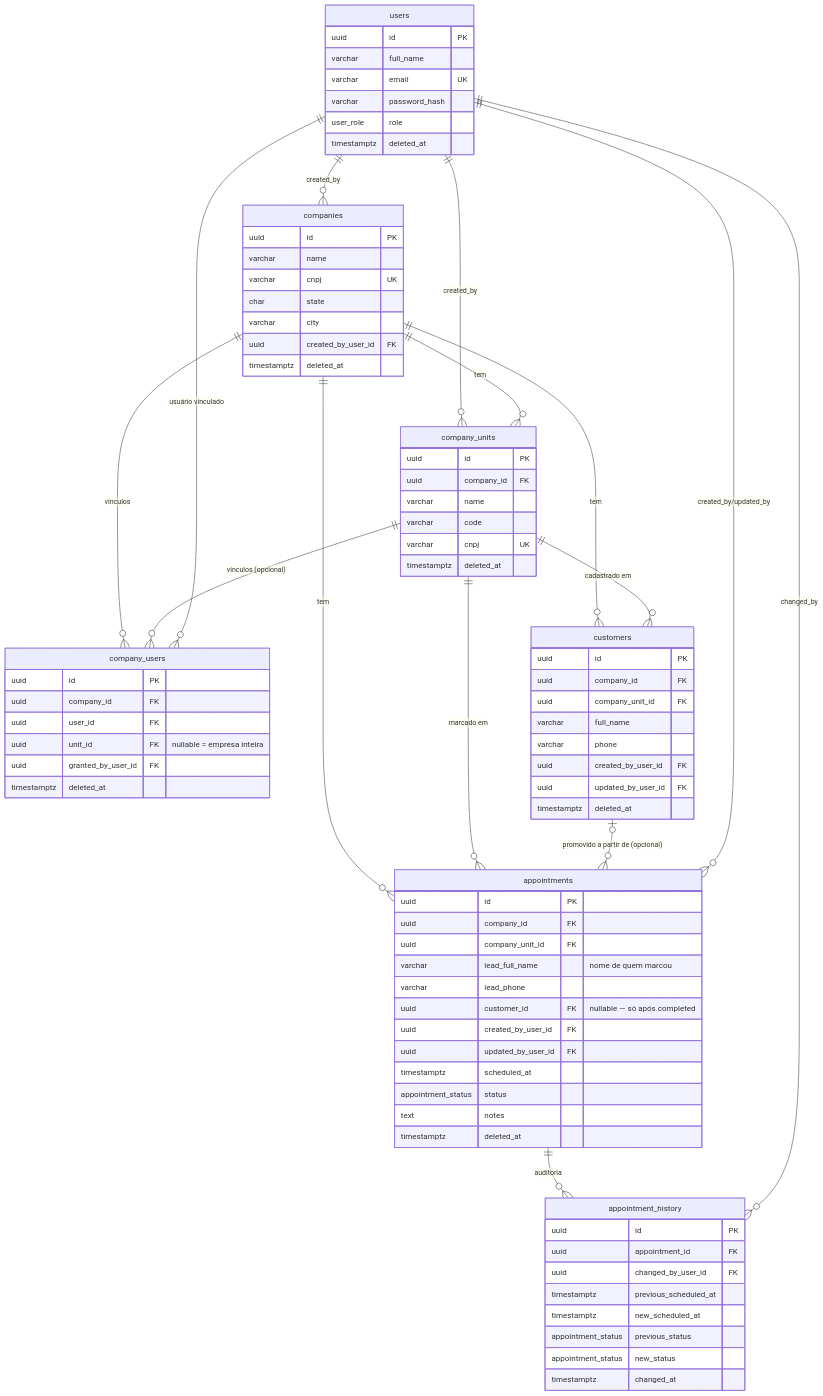
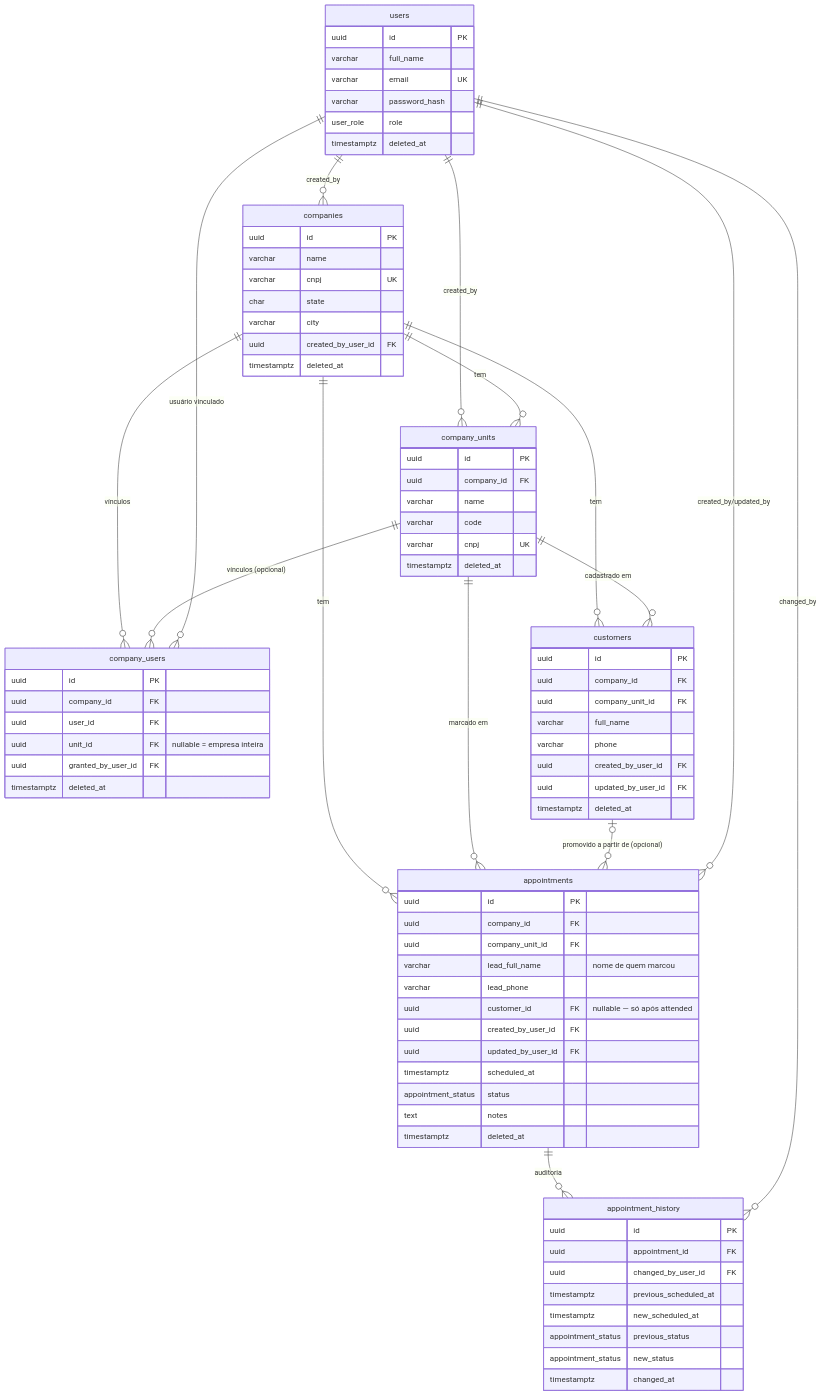
Before and after one commit to phaselab1/OticaLabV1-API: the diagram in docs/ARCHITECTURE.md, drawn with Mermaid. The commit also changed other lines of this file and 9 other files, not shown here.

First line of the commit message:
feat: remove 'confirmed' appointment status, rename 'completed' to 'attended' (#13)

```diff
--- a/docs/ARCHITECTURE.md
+++ b/docs/ARCHITECTURE.md
@@ -165,7 +165,7 @@
         uuid company_unit_id FK
         varchar lead_full_name "nome de quem marcou"
         varchar lead_phone
-        uuid customer_id FK "nullable — só após completed"
+        uuid customer_id FK "nullable — só após attended"
         uuid created_by_user_id FK
         uuid updated_by_user_id FK
         timestamptz scheduled_at
```
